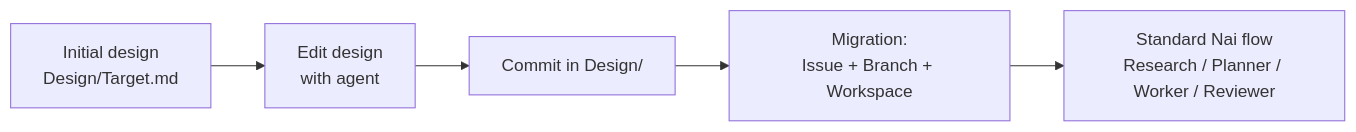
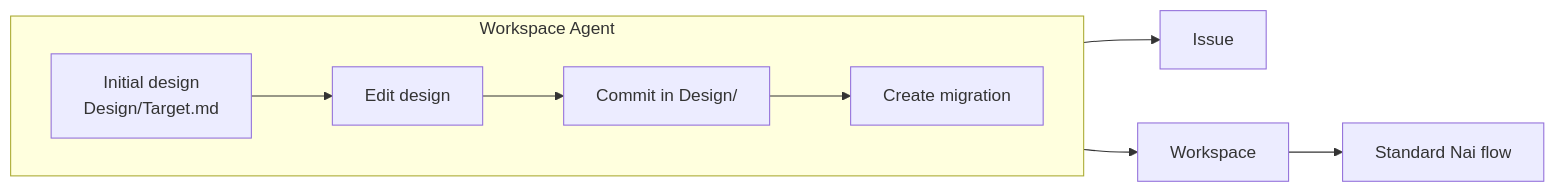
The diagram in README.md (piontkovsk11andre1/nai-design-addon), drawn with Mermaid before and after one commit.

Commit message:
Update flowchart in README to clarify design editing and migration process

````diff
--- a/README.md
+++ b/README.md
@@ -19,7 +19,13 @@
 ```mermaid
 flowchart LR
-    Start[Initial design<br/>Design/Target.md] --> Edit[Edit design<br/>with agent]
-    Edit --> Commit[Commit in Design/]
-    Commit --> Migration[Migration:<br/>Issue + Branch + Workspace]
-    Migration --> Nai[Standard Nai flow<br/>Research / Planner / Worker / Reviewer]
+    subgraph WA [Workspace Agent]
+        direction LR
+        Start[Initial design<br/>Design/Target.md] --> Edit[Edit design]
+        Edit --> Commit[Commit in Design/]
+        Commit --> Migration[Create migration]
+    end
+
+    Migration --> Issue[Issue]
+    Migration --> Workspace[Workspace]
+    Workspace --> Nai[Standard Nai flow]
 ```
````
